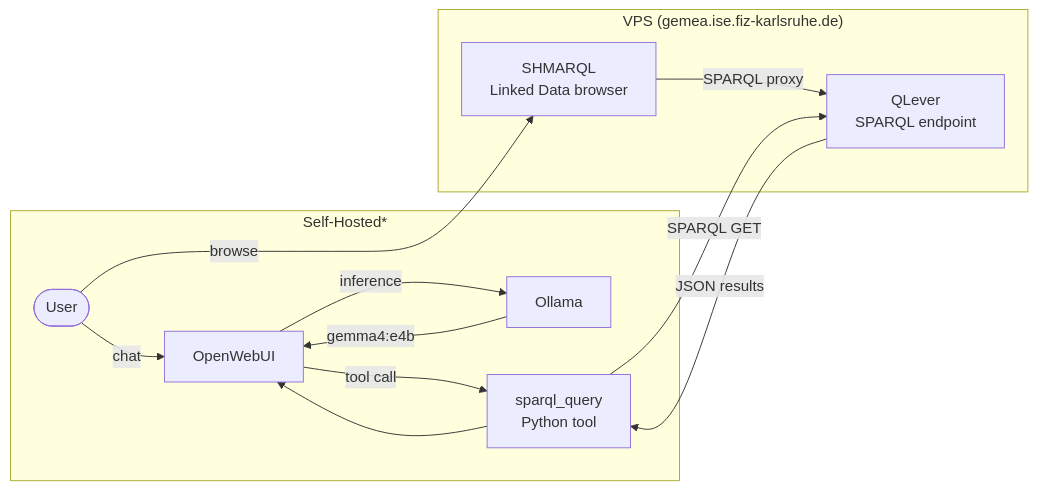
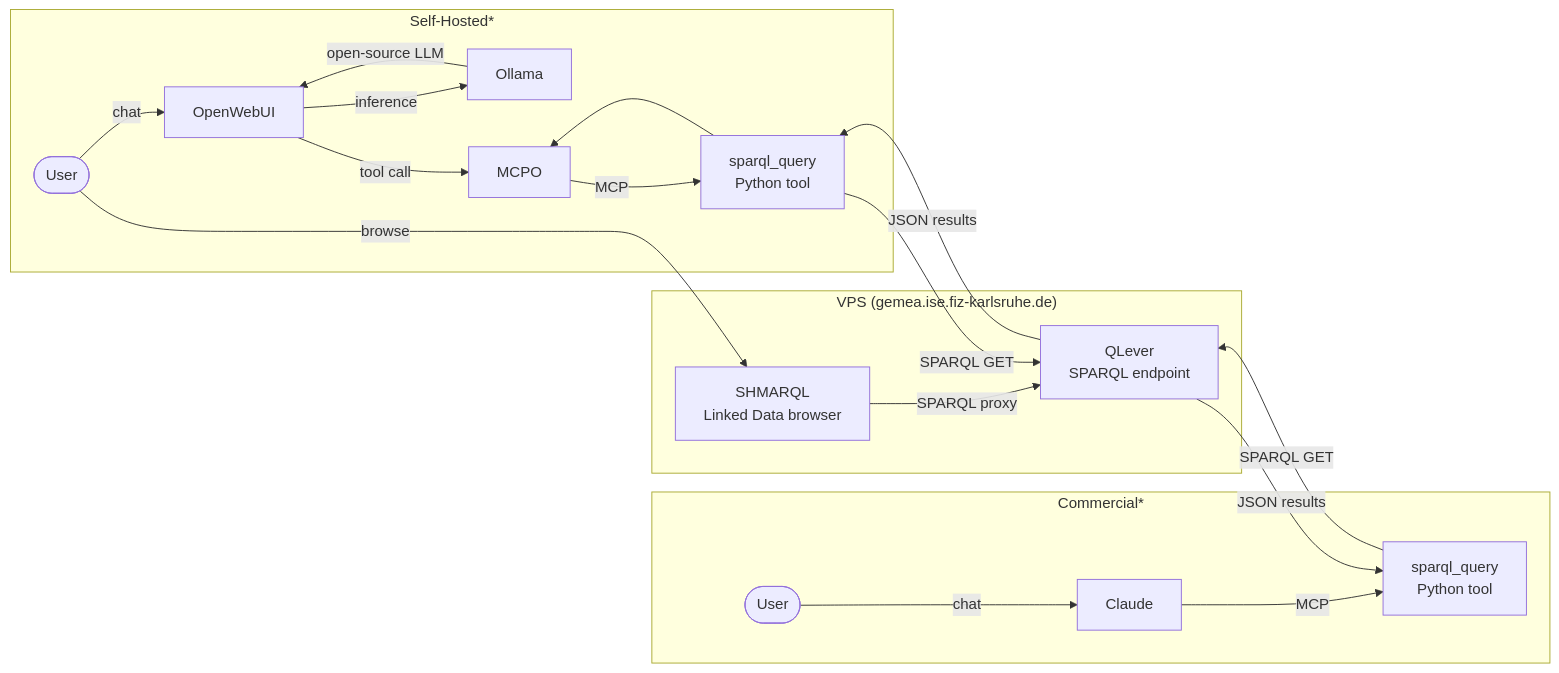
One commit to anntanp/gemea changed the diagram in notes/infra/setup-vps-plan.md. Above: the diagram before and after it, drawn with Mermaid. The commit also changed 1 other file, not shown here.

Commit message:
setup update

````diff
--- a/notes/infra/setup-vps-plan.md
+++ b/notes/infra/setup-vps-plan.md
@@ -10,20 +10,28 @@
 ```mermaid
 flowchart LR
     subgraph SH["Self-Hosted*"]
         User([User]) -->|chat| OW[OpenWebUI]
         OW -->|inference| OL[Ollama]
-        OL -->|gemma4:e4b| OW
-        OW -->|tool call| T[sparql_query\nPython tool]
+        OL -->|open-source LLM| OW
+        OW -->|tool call| MCPO[MCPO]
+        MCPO -->|MCP| T[sparql_query\nPython tool]
+    end
+
+    subgraph CC["Commercial*"]
+        UserC([User]) -->|chat| CL[Claude]
+        CL -->|MCP| TC[sparql_query\nPython tool]
     end
 
     subgraph VPS["VPS (gemea.ise.fiz-karlsruhe.de)"]
         QL[QLever\nSPARQL endpoint]
         SHMARQL[SHMARQL\nLinked Data browser]
         SHMARQL -->|SPARQL proxy| QL
     end
 
     T -->|SPARQL GET| QL
     QL -->|JSON results| T
-    T --> OW
+    T --> MCPO
+    TC -->|SPARQL GET| QL
+    QL -->|JSON results| TC
     User -->|browse| SHMARQL
 ```
````
